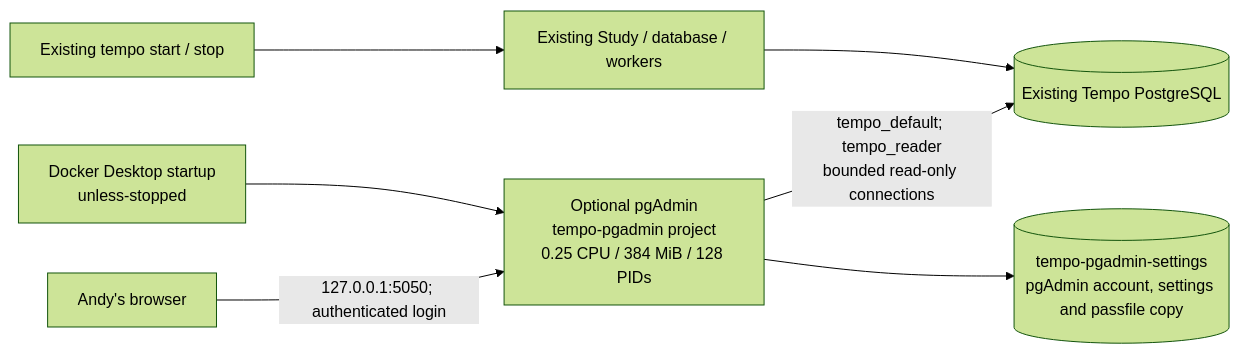
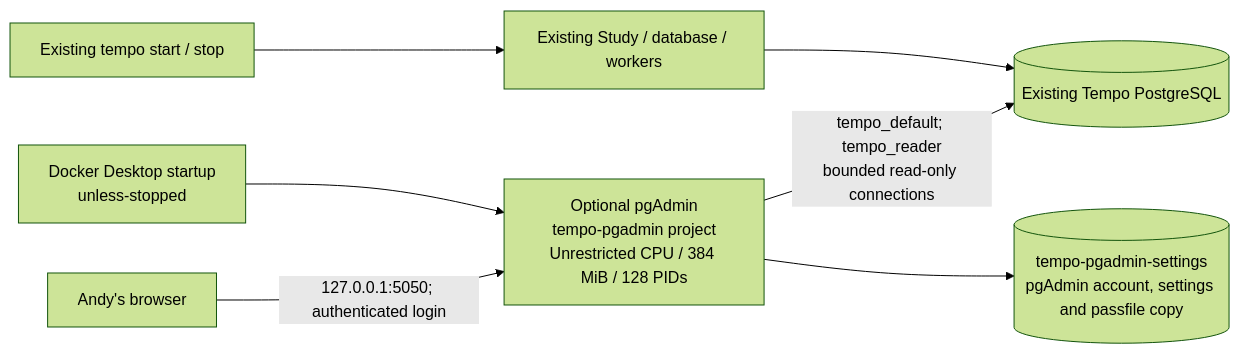
Before and after one commit to aaweaver-actuary/tempo: the diagram in config/pgadmin/README.md, drawn with Mermaid (forest theme). The commit also changed other lines of this file and 40 other files, not shown here.

Commit message:
fix(resources): default ordinary execution to unrestricted CPU

````diff
--- a/config/pgadmin/README.md
+++ b/config/pgadmin/README.md
@@ -14,9 +14,9 @@
 ```mermaid
 flowchart LR
-  Browser["Andy's browser"] -->|"127.0.0.1:5050; authenticated login"| Admin["Optional pgAdmin<br/>tempo-pgadmin project<br/>0.25 CPU / 384 MiB / 128 PIDs"]
+  Browser["Andy's browser"] -->|"127.0.0.1:5050; authenticated login"| Admin["Optional pgAdmin<br/>tempo-pgadmin project<br/>Unrestricted CPU / 384 MiB / 128 PIDs"]
   Admin -->|"tempo_default; tempo_reader<br/>bounded read-only connections"| DB[("Existing Tempo PostgreSQL")]
   Admin --> Settings[("tempo-pgadmin-settings<br/>pgAdmin account, settings and passfile copy")]
   Startup["Docker Desktop startup<br/>unless-stopped"] --> Admin
   Tempo["Existing tempo start / stop"] --> Study["Existing Study / database / workers"]
   Study --> DB
 ```
````
